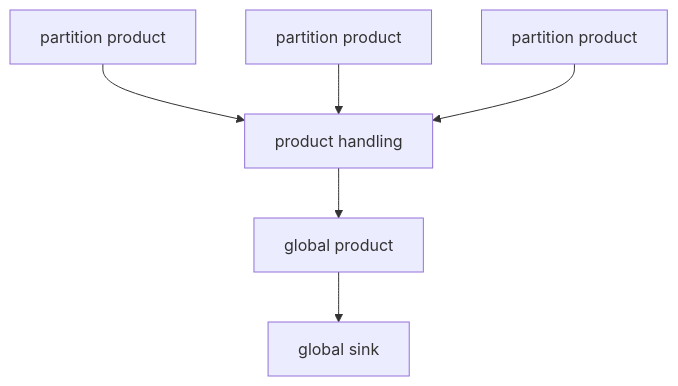
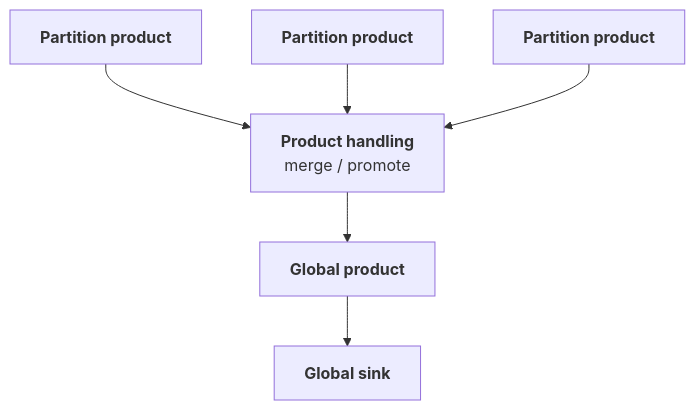
Before and after one commit to FAST-HEP/fasthep-flow: the fourth of 7 diagrams in docs/execution/runtime.md, drawn with Mermaid. The commit also changed other lines of this file and 7 other files, not shown here.

````diff
--- a/docs/execution/runtime.md
+++ b/docs/execution/runtime.md
@@ -274,18 +274,15 @@
 ```{mermaid}
 flowchart TD
-    P1["partition product"]
-    P2["partition product"]
-    P3["partition product"]
+    P1["<b>Partition product</b>"]:::artifact
+    P2["<b>Partition product</b>"]:::artifact
+    P3["<b>Partition product</b>"]:::artifact
 
-    Merge["product handling"]
-
-    Global["global product"]
-
-    Sink["global sink"]
+    Merge["<b>Product handling</b><br/>merge / promote"]:::capability
+    Global["<b>Global product</b>"]:::artifact
+    Sink["<b>Global sink</b>"]:::sink
 
     P1 --> Merge
     P2 --> Merge
     P3 --> Merge
-
     Merge --> Global --> Sink
 ```
````
